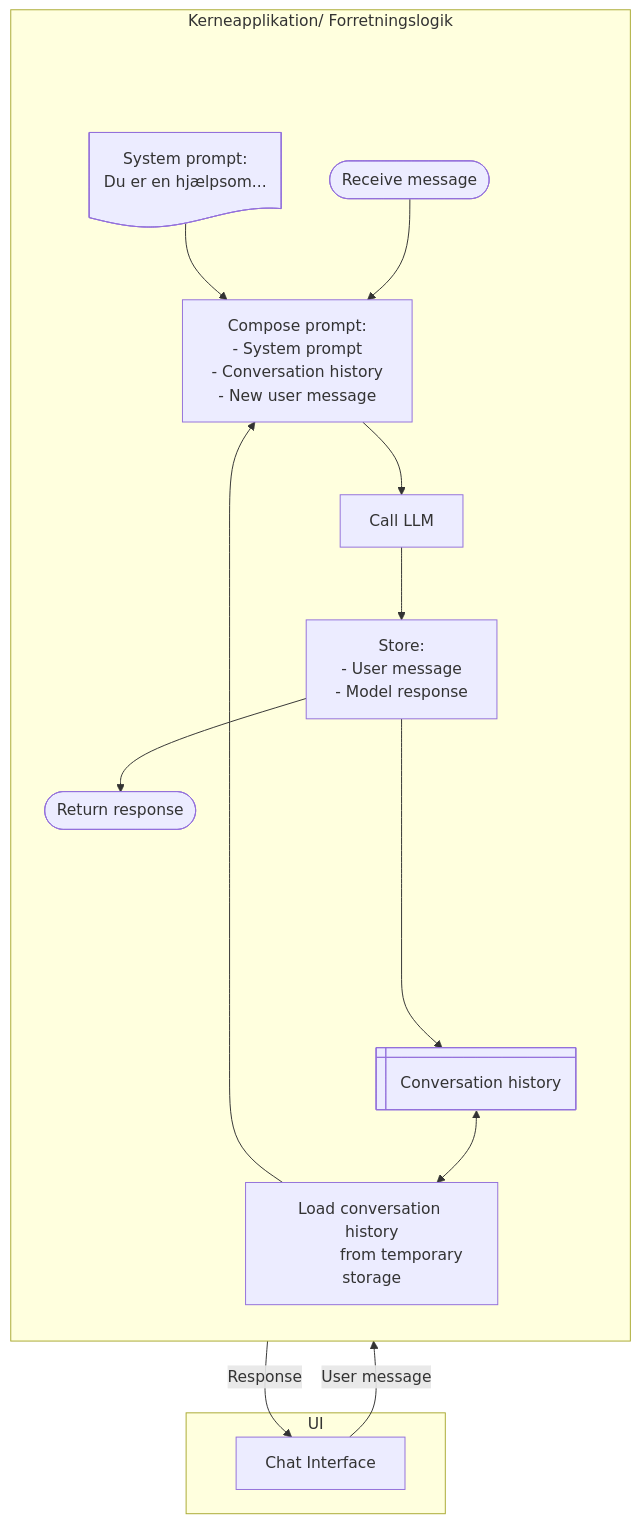
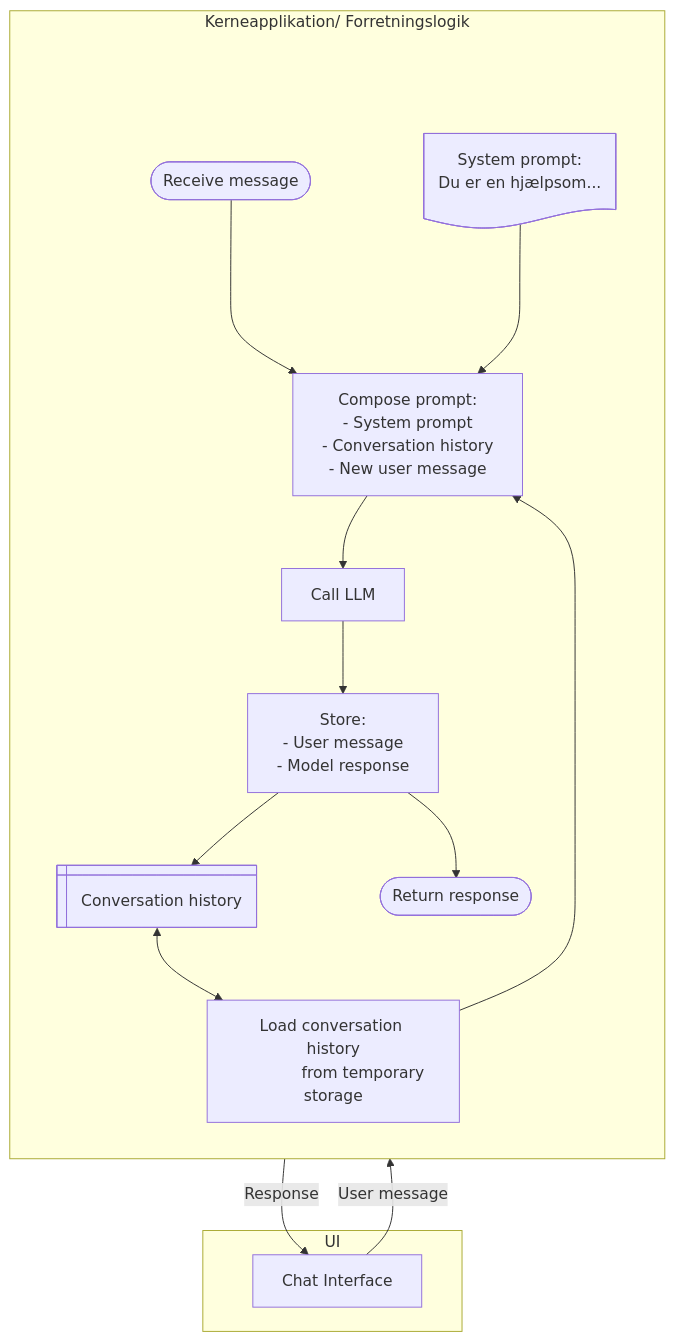
The diagram in docs/minimumskrav/AI_loesningseksempler/simpleste_chat.md (OS2sandbox/public-genai-governance), drawn with Mermaid before and after one commit.

Commit message:
Next try

````diff
--- a/docs/minimumskrav/AI_loesningseksempler/simpleste_chat.md
+++ b/docs/minimumskrav/AI_loesningseksempler/simpleste_chat.md
@@ -6,47 +6,50 @@
 ```mermaid
 flowchart TD
     classDef inViz fill:None,stroke-width:0px;
 
     subgraph UI["UI"]
         chat["Chat Interface"]
     end
 
     chat -->|User message| start
 
     subgraph core["Kerneapplikation/ Forretningslogik"]
         direction TB
         
         inVizAnchor:::inViz@{shape: junction}
 
         start([Receive message])
 
         storage@{ shape: win-pane, label: "Conversation history" }
         
         ctx["Load conversation history
              from temporary storage"]
              
         prompt@{ shape: doc, label: "System prompt: 
                                      Du er en hjælpsom..." }     
 
         compose["Compose prompt:
                 - System prompt
                 - Conversation history
                 - New user message"]
 
         callModel["Call LLM"]
 
         store["Store:
                - User message
                - Model response"]
 
         respond([Return response])
 
-        inVizAnchor ~~~ start & storage & prompt
-        start --> compose --> callModel --> store --> respond
+        inVizAnchor ~~~ start 
+        inVizAnchor ~~~ storage 
+        inVizAnchor ~~~ prompt
+        
         storage <--> ctx --> compose
-        prompt --> compose
-        store -----> storage
+        start ---> compose --> callModel --> store --> respond
+        prompt ---> compose
+        store --> storage
     end
 
     respond -->|Response| chat
 ```
````
